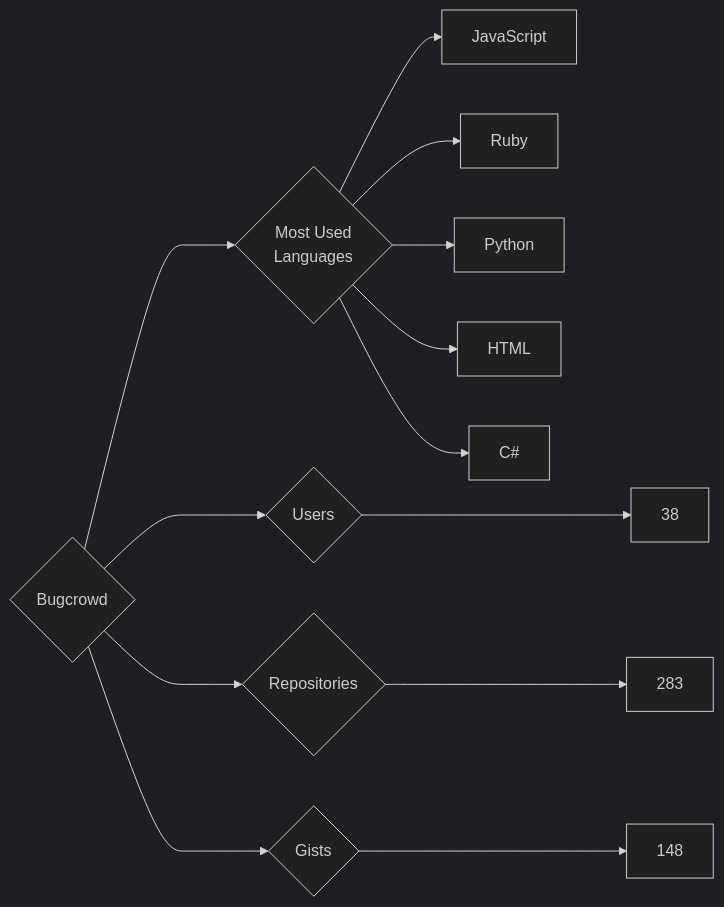
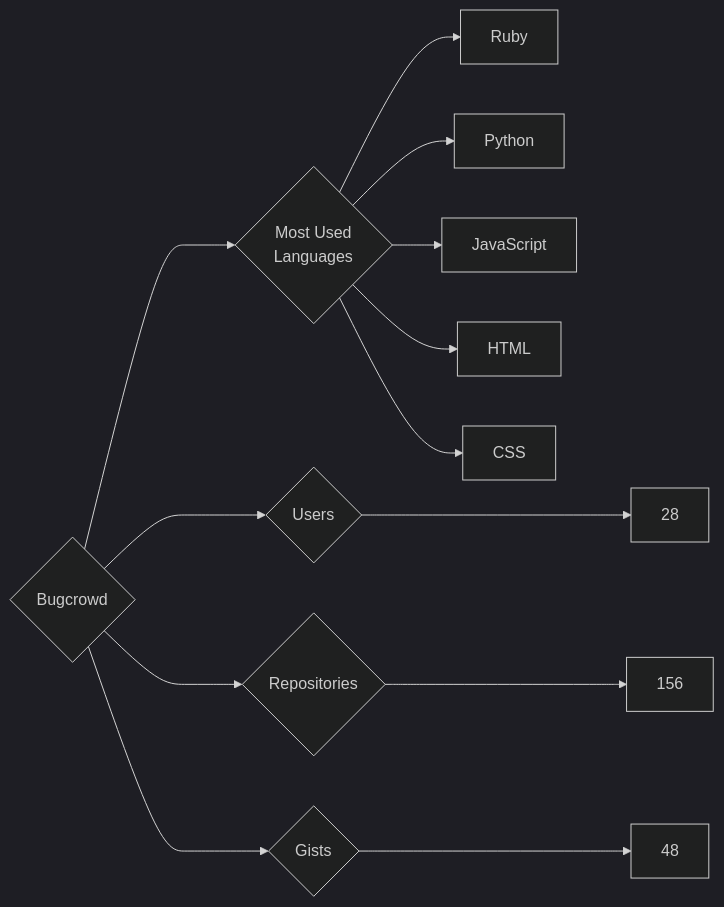
The diagram in targets/Bugcrowd/README.md (trickest/insiders), drawn with Mermaid (dark theme) before and after one commit. The commit also changed 772 other files, not shown here.

````diff
--- a/targets/Bugcrowd/README.md
+++ b/targets/Bugcrowd/README.md
@@ -3,13 +3,13 @@
 ```mermaid
 graph LR
 COMPANY_NAME{Bugcrowd}
-COMPANY_NAME ---> U{Users} ---> UN[38]
-COMPANY_NAME ---> R{Repositories} ---> RN[283]
-COMPANY_NAME ---> G{Gists} ---> GN[148]
+COMPANY_NAME ---> U{Users} ---> UN[28]
+COMPANY_NAME ---> R{Repositories} ---> RN[156]
+COMPANY_NAME ---> G{Gists} ---> GN[48]
 COMPANY_NAME ---> ML{Most Used<br>Languages}
-ML --> JavaScript[JavaScript]
 ML --> Ruby[Ruby]
 ML --> Python[Python]
+ML --> JavaScript[JavaScript]
 ML --> HTML[HTML]
-ML --> C#[C#]
+ML --> CSS[CSS]
 ```
````
